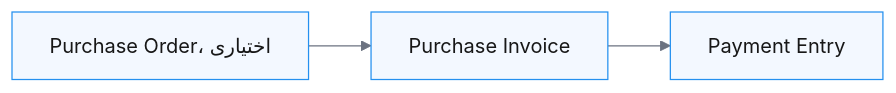
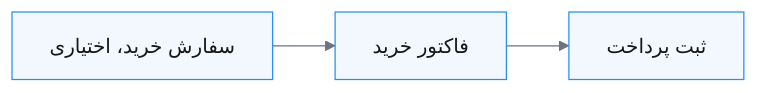
The eighth of 9 diagrams in content/fa/erpnext/accounting-workflows-by-business-type.md (shahinesi/frappe_docs-persian), drawn with Mermaid before and after one commit. The commit also changed other lines of this file and 7 other files, not shown here.

Commit message:
Localize ERPNext purchasing workflow diagrams

````diff
--- a/content/fa/erpnext/accounting-workflows-by-business-type.md
+++ b/content/fa/erpnext/accounting-workflows-by-business-type.md
@@ -178,6 +178,6 @@
 ```mermaid
 %%{init: {"theme":"base","themeVariables":{"primaryColor":"#F3F8FF","primaryBorderColor":"#2490EF","primaryTextColor":"#171717","lineColor":"#6B7280","secondaryColor":"#FFFFFF","tertiaryColor":"#F8F9FA"}}}%%
 flowchart LR
-    PO["Purchase Order، اختیاری"] --> PI["Purchase Invoice"]
-    PI --> PE["Payment Entry"]
+    PO["سفارش خرید، اختیاری"] --> PI["فاکتور خرید"]
+    PI --> PE["ثبت پرداخت"]
 ```
````
